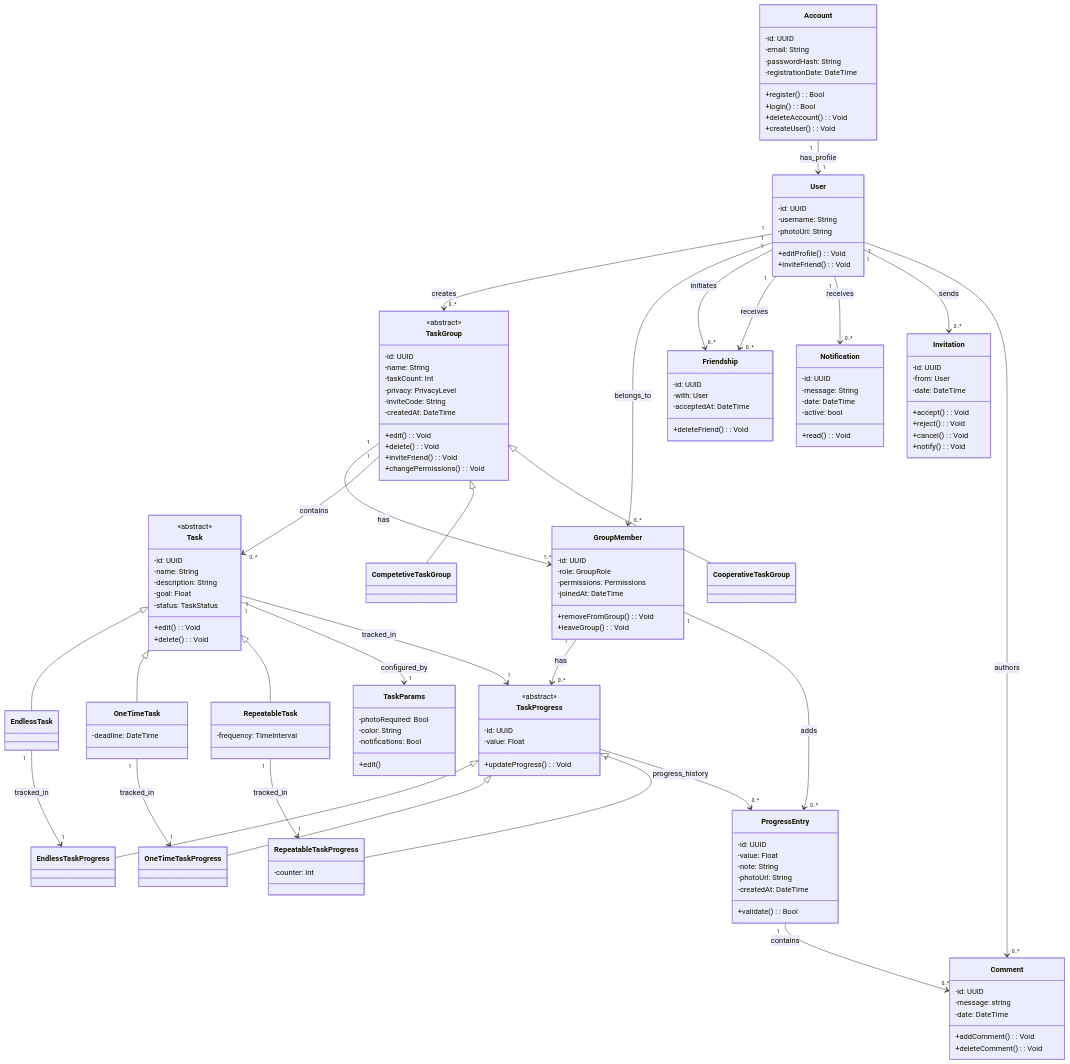
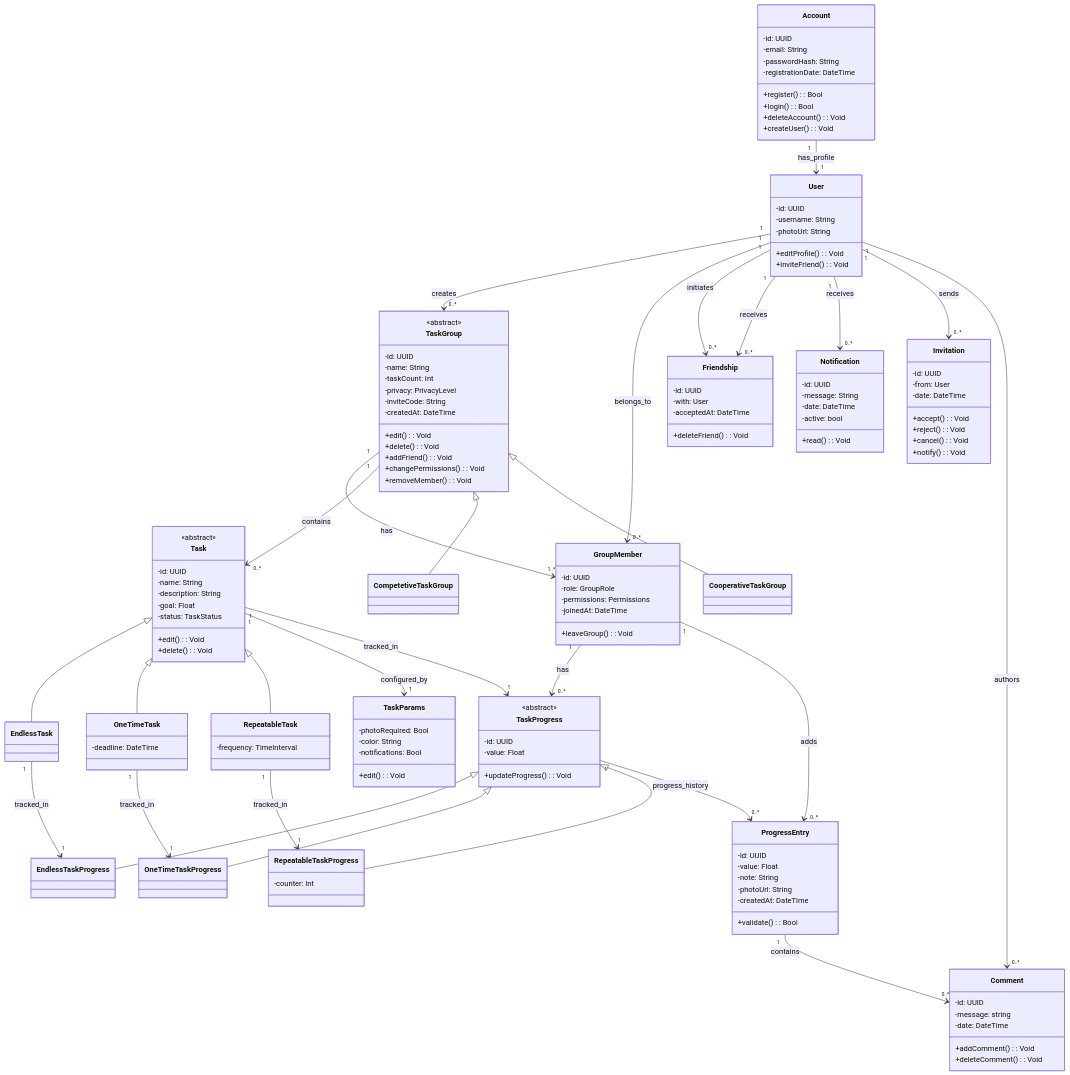
The diagram in docs/zadanie4/diagram-klas.md (Tarnuchy/EggJob), drawn with Mermaid before and after one commit. The commit also changed 1 other file, not shown here.

Commit message:
asjodoasjid

```diff
--- a/docs/zadanie4/diagram-klas.md
+++ b/docs/zadanie4/diagram-klas.md
@@ -56,8 +56,9 @@
         -createdAt: DateTime
         +edit(): Void
         +delete(): Void
-        +inviteFriend(): Void
+        +addFriend(): Void
         +changePermissions(): Void
+        +removeMember(): Void
     }
 
     class CompetetiveTaskGroup {
@@ -73,7 +74,6 @@
         -role: GroupRole
         -permissions: Permissions
         -joinedAt: DateTime
-        +removeFromGroup(): Void
         +leaveGroup(): Void
     }
 
@@ -123,7 +123,7 @@
         -photoRequired: Bool
         -color: String
         -notifications: Bool
-        +edit()
+        +edit(): Void
     }
 
     class ProgressEntry {
```
